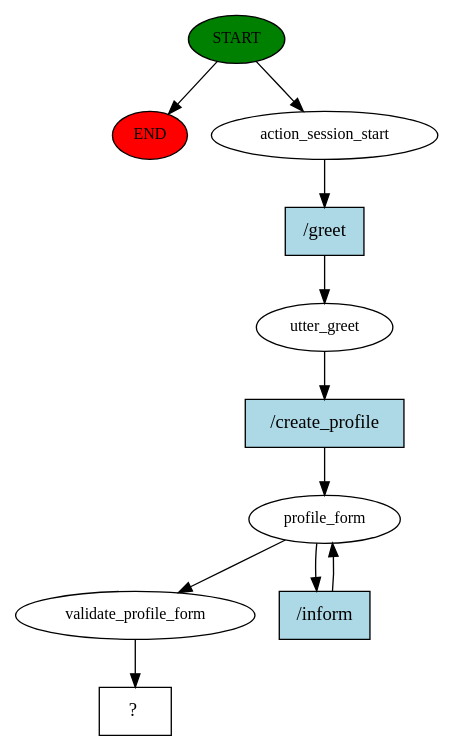
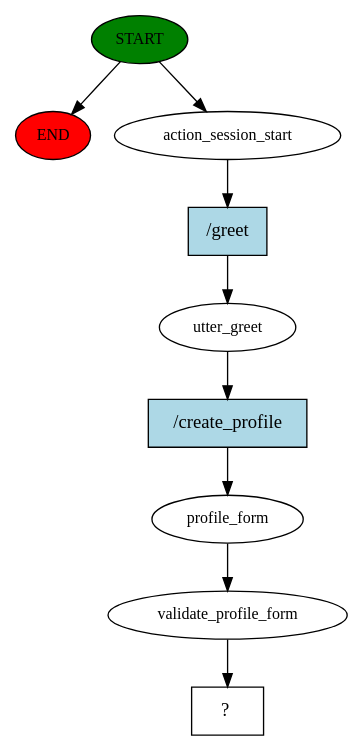
The diagram in story_graph.dot (satvik-1945/chatkart-ai), drawn with Graphviz before and after one commit. The commit also changed 7 other files, not shown here.

Commit message:
added architecture

```diff
--- a/story_graph.dot
+++ b/story_graph.dot
@@ -1,22 +1,19 @@
 digraph  {
 0 [class="start active", fillcolor=green, fontsize=12, label=START, style=filled];
 "-1" [class=end, fillcolor=red, fontsize=12, label=END, style=filled];
 1 [class=active, fontsize=12, label=action_session_start];
 2 [class=active, fontsize=12, label=utter_greet];
 3 [class=active, fontsize=12, label=profile_form];
-8 [class=active, fontsize=12, label=validate_profile_form];
-9 [class="intent dashed active", label="  ?  ", shape=rect];
-10 [class="intent active", fillcolor=lightblue, label="/greet", shape=rect, style=filled];
-11 [class="intent active", fillcolor=lightblue, label="/create_profile", shape=rect, style=filled];
-12 [class="intent active", fillcolor=lightblue, label="/inform", shape=rect, style=filled];
+4 [class=active, fontsize=12, label=validate_profile_form];
+5 [class="intent dashed active", label="  ?  ", shape=rect];
+6 [class="intent active", fillcolor=lightblue, label="/greet", shape=rect, style=filled];
+7 [class="intent active", fillcolor=lightblue, label="/create_profile", shape=rect, style=filled];
 0 -> "-1"  [class="", key=NONE, label=""];
 0 -> 1  [class=active, key=NONE, label=""];
-1 -> 10  [class=active, key=0];
-2 -> 11  [class=active, key=0];
-3 -> 8  [class=active, key=NONE, label=""];
-3 -> 12  [class=active, key=0];
-8 -> 9  [class=active, key=NONE, label=""];
-10 -> 2  [class=active, key=0];
-11 -> 3  [class=active, key=0];
-12 -> 3  [class=active, key=0];
+1 -> 6  [class=active, key=0];
+2 -> 7  [class=active, key=0];
+3 -> 4  [class=active, key=NONE, label=""];
+4 -> 5  [class=active, key=NONE, label=""];
+6 -> 2  [class=active, key=0];
+7 -> 3  [class=active, key=0];
 }
```
